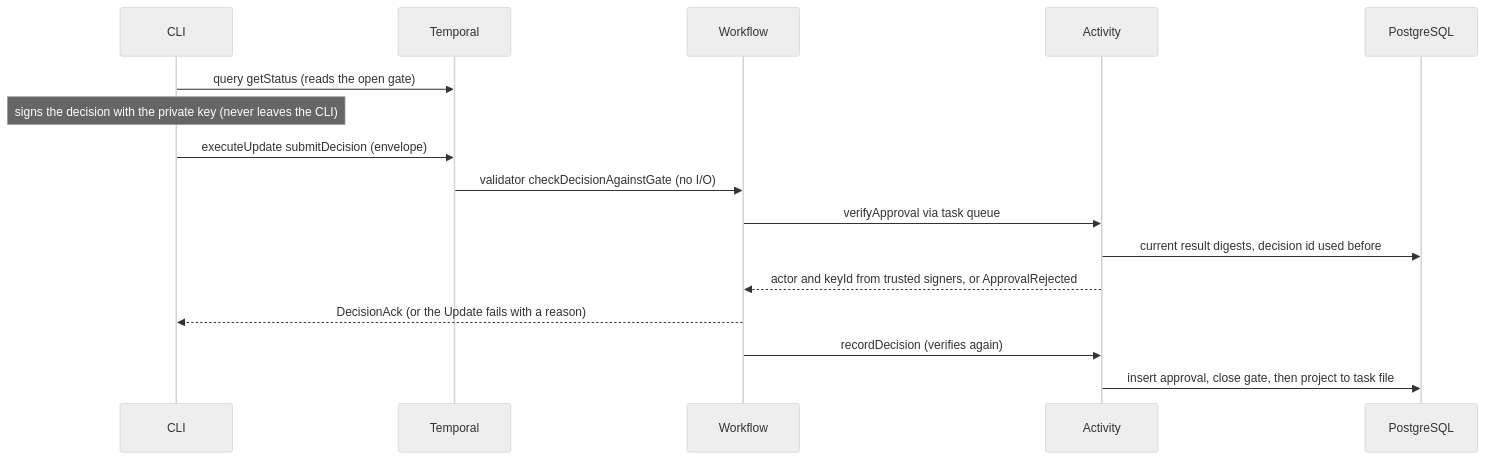
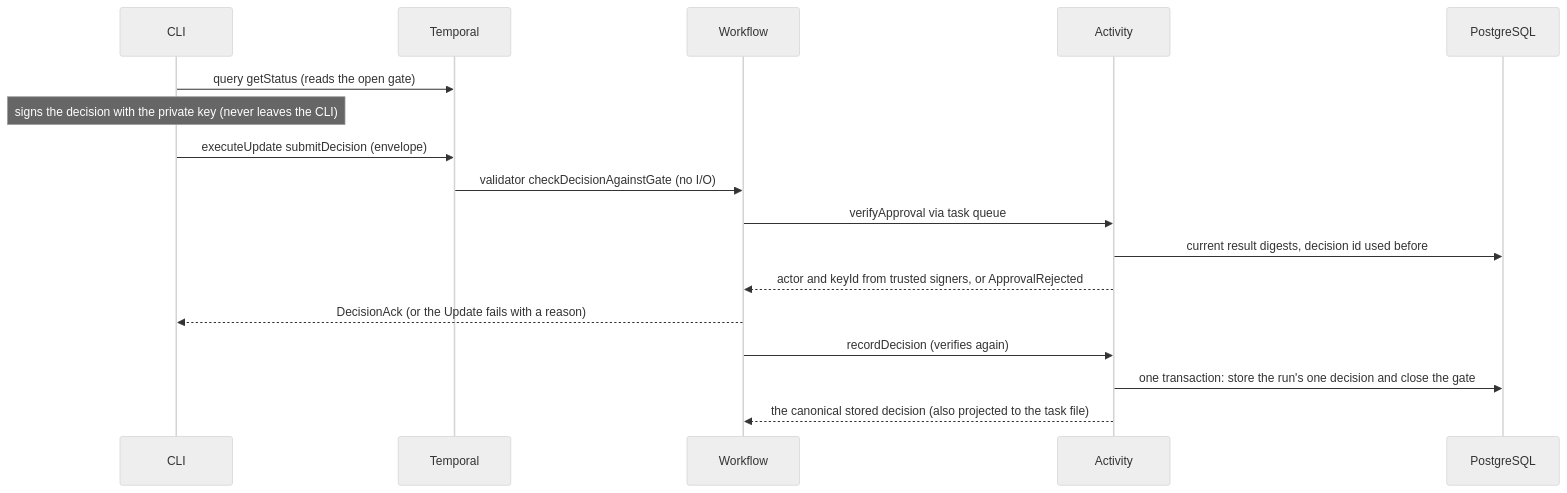
Before and after one commit to Nick-NodeJS/agent-platform: the second of 2 diagrams in docs/architecture/workflows.md, drawn with Mermaid (neutral theme). The commit also changed other lines of this file and 18 other files, not shown here.

First line of the commit message:
Enforce one immutable decision per logical run id; correct coverage and observability docs

````diff
--- a/docs/architecture/workflows.md
+++ b/docs/architecture/workflows.md
@@ -50,18 +50,19 @@
 ```mermaid
 sequenceDiagram
   participant C as CLI
   participant T as Temporal
   participant W as Workflow
   participant A as Activity
   participant P as PostgreSQL
   C->>T: query getStatus (reads the open gate)
   Note over C: signs the decision with the private key (never leaves the CLI)
   C->>T: executeUpdate submitDecision (envelope)
   T->>W: validator checkDecisionAgainstGate (no I/O)
   W->>A: verifyApproval via task queue
   A->>P: current result digests, decision id used before
   A-->>W: actor and keyId from trusted signers, or ApprovalRejected
   W-->>C: DecisionAck (or the Update fails with a reason)
   W->>A: recordDecision (verifies again)
-  A->>P: insert approval, close gate, then project to task file
+  A->>P: one transaction: store the run's one decision and close the gate
+  A-->>W: the canonical stored decision (also projected to the task file)
 ```
````
